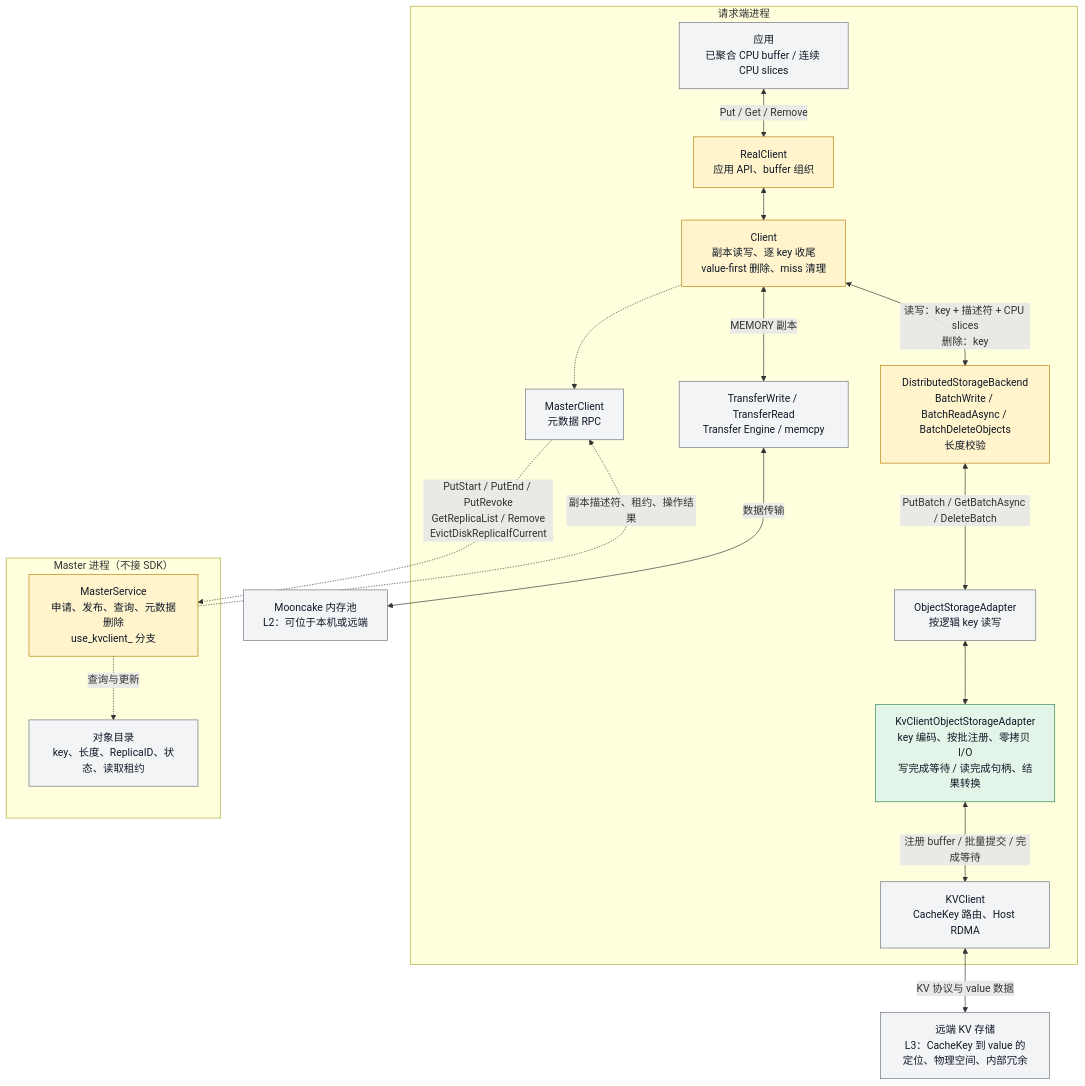
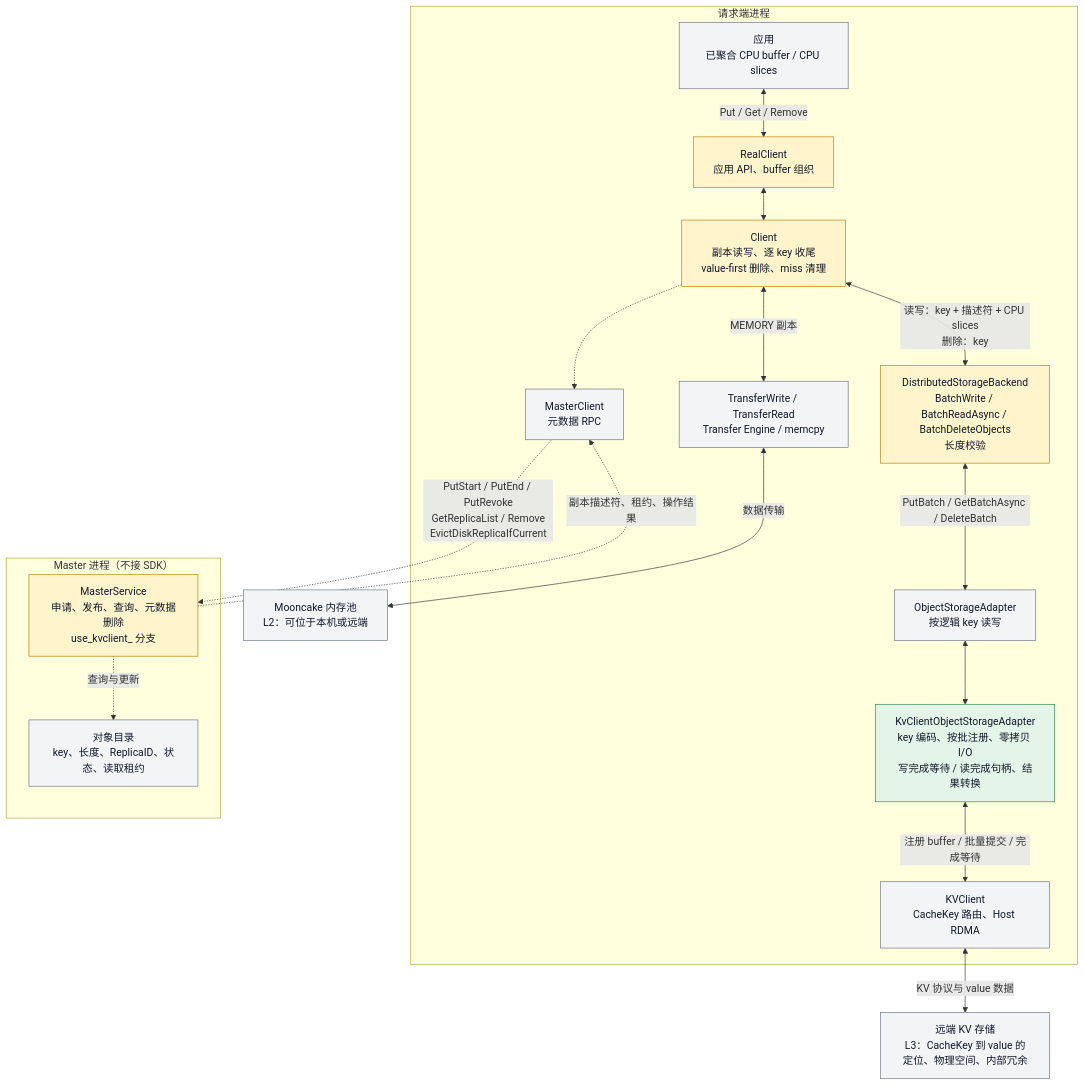
Before and after one commit to zwj20000328-dotcom/Mooncake-documents: the first of 13 diagrams in Mooncake + KVClient L3 接入（Kvcs）- v3.md, drawn with Mermaid. The commit also changed other lines of this file and 2 other files, not shown here.

````diff
--- a/Mooncake + KVClient L3 接入（Kvcs）- v3.md
+++ b/Mooncake + KVClient L3 接入（Kvcs）- v3.md
@@ -72,45 +71,45 @@
 ```mermaid
 flowchart TB
     subgraph Request["请求端进程"]
-        A["应用<br/>已聚合 CPU buffer / 连续 CPU slices"]
+        A["应用<br/>已聚合 CPU buffer / CPU slices"]
         R["RealClient<br/>应用 API、buffer 组织"]
         C["Client<br/>副本读写、逐 key 收尾<br/>value-first 删除、miss 清理"]
         RPC["MasterClient<br/>元数据 RPC"]
         TE["TransferWrite / TransferRead<br/>Transfer Engine / memcpy"]
         B["DistributedStorageBackend<br/>BatchWrite / BatchReadAsync / BatchDeleteObjects<br/>长度校验"]
         O["ObjectStorageAdapter<br/>按逻辑 key 读写"]
         K["KvClientObjectStorageAdapter<br/>key 编码、按批注册、零拷贝 I/O<br/>写完成等待 / 读完成句柄、结果转换"]
         SDK["KVClient<br/>CacheKey 路由、Host RDMA"]
 
         A <-->|"Put / Get / Remove"| R
         R <--> C
         C -.-> RPC
         C <-->|"MEMORY 副本"| TE
         C <-->|"读写：key + 描述符 + CPU slices<br/>删除：key"| B
         B <-->|"PutBatch / GetBatchAsync / DeleteBatch"| O
         O <--> K
         K <-->|"注册 buffer / 批量提交 / 完成等待"| SDK
     end
 
     subgraph Master["Master 进程（不接 SDK）"]
         M["MasterService<br/>申请、发布、查询、元数据删除<br/>use_kvclient_ 分支"]
         META["对象目录<br/>key、长度、ReplicaID、状态、读取租约"]
 
         M -.->|"查询与更新"| META
     end
 
     RAM["Mooncake 内存池<br/>L2：可位于本机或远端"]
     S["远端 KV 存储<br/>L3：CacheKey 到 value 的定位、物理空间、内部冗余"]
 
     RPC -.->|"PutStart / PutEnd / PutRevoke<br/>GetReplicaList / Remove<br/>EvictDiskReplicaIfCurrent"| M
     M -.->|"副本描述符、租约、操作结果"| RPC
     TE <-->|"数据传输"| RAM
     SDK <-->|"KV 协议与 value 数据"| S
 
     classDef existing fill:#f3f4f6,stroke:#6b7280,color:#111827;
     classDef changed fill:#fff4cc,stroke:#b58105,color:#111827;
     classDef added fill:#e3f5e8,stroke:#28864b,color:#111827;
     class A,RPC,TE,O,META,RAM,S,SDK existing;
     class R,C,B,M changed;
     class K added;
 ```
````
